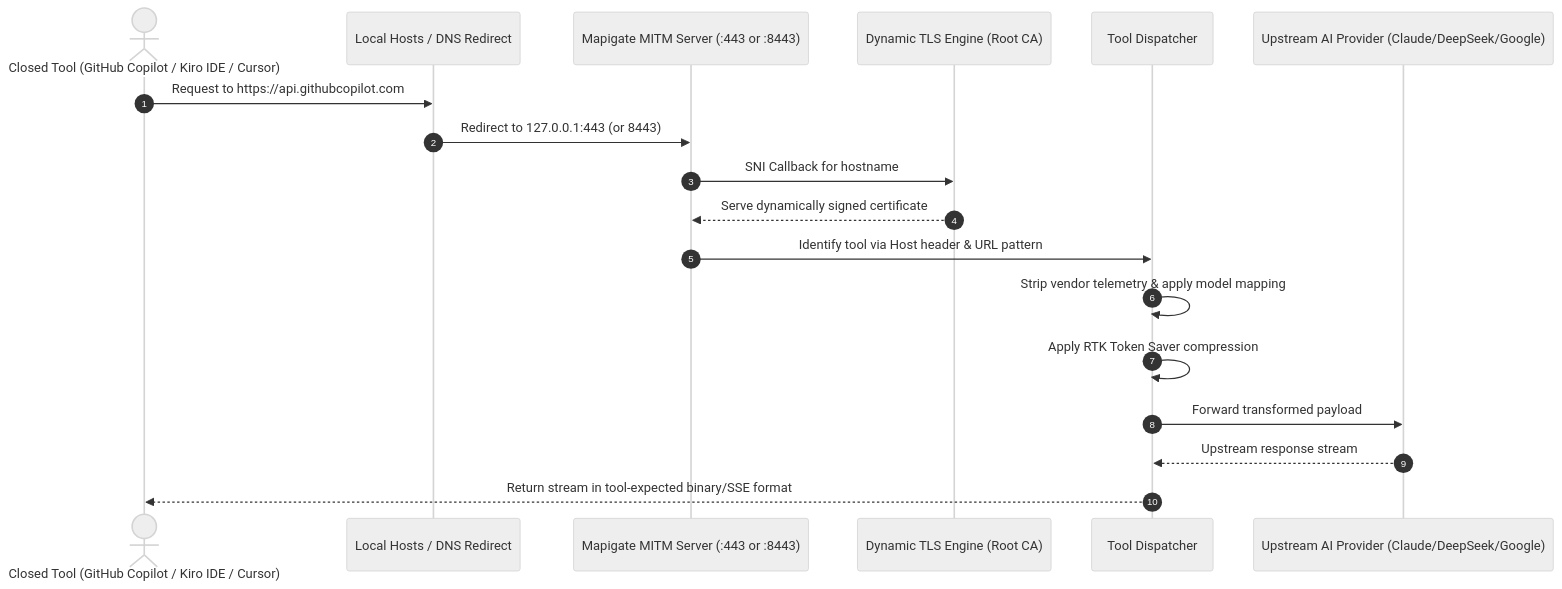
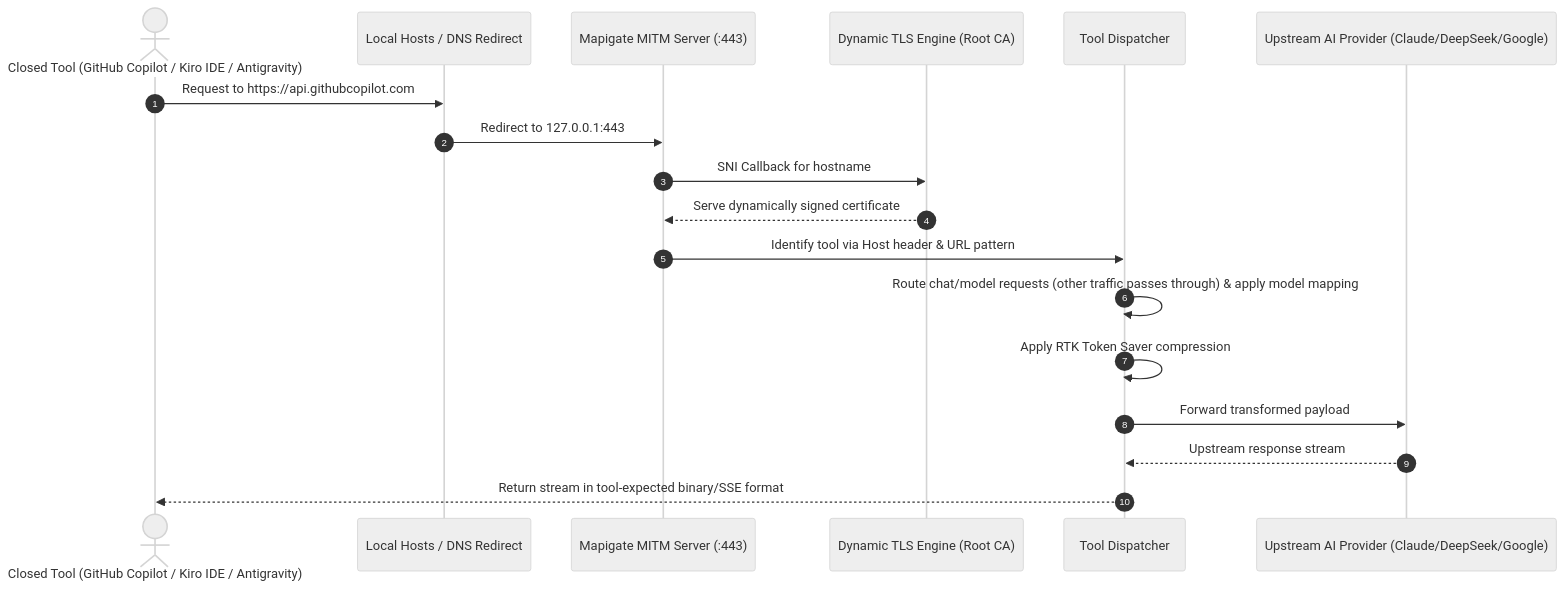
One commit to joutvhu/mapigate changed the diagram in docs/MITM_INTERCEPTOR.md. Above: the diagram before and after it, drawn with Mermaid (neutral theme). The commit also changed other lines of this file and 5 other files, not shown here.

First line of the commit message:
docs: document gateway API endpoints, provider tiers, and architecture

````diff
--- a/docs/MITM_INTERCEPTOR.md
+++ b/docs/MITM_INTERCEPTOR.md
@@ -10,21 +10,21 @@
 ```mermaid
 sequenceDiagram
     autonumber
-    actor Tool as Closed Tool (GitHub Copilot / Kiro IDE / Cursor)
+    actor Tool as Closed Tool (GitHub Copilot / Kiro IDE / Antigravity)
     participant DNS as Local Hosts / DNS Redirect
-    participant MITM as Mapigate MITM Server (:443 or :8443)
+    participant MITM as Mapigate MITM Server (:443)
     participant TLS as Dynamic TLS Engine (Root CA)
     participant Handler as Tool Dispatcher
     participant Upstream as Upstream AI Provider (Claude/DeepSeek/Google)
 
     Tool->>DNS: Request to https://api.githubcopilot.com
-    DNS->>MITM: Redirect to 127.0.0.1:443 (or 8443)
+    DNS->>MITM: Redirect to 127.0.0.1:443
     MITM->>TLS: SNI Callback for hostname
     TLS-->>MITM: Serve dynamically signed certificate
     MITM->>Handler: Identify tool via Host header & URL pattern
-    Handler->>Handler: Strip vendor telemetry & apply model mapping
+    Handler->>Handler: Route chat/model requests (other traffic passes through) & apply model mapping
     Handler->>Handler: Apply RTK Token Saver compression
     Handler->>Upstream: Forward transformed payload
     Upstream-->>Handler: Upstream response stream
     Handler-->>Tool: Return stream in tool-expected binary/SSE format
 ```
````
